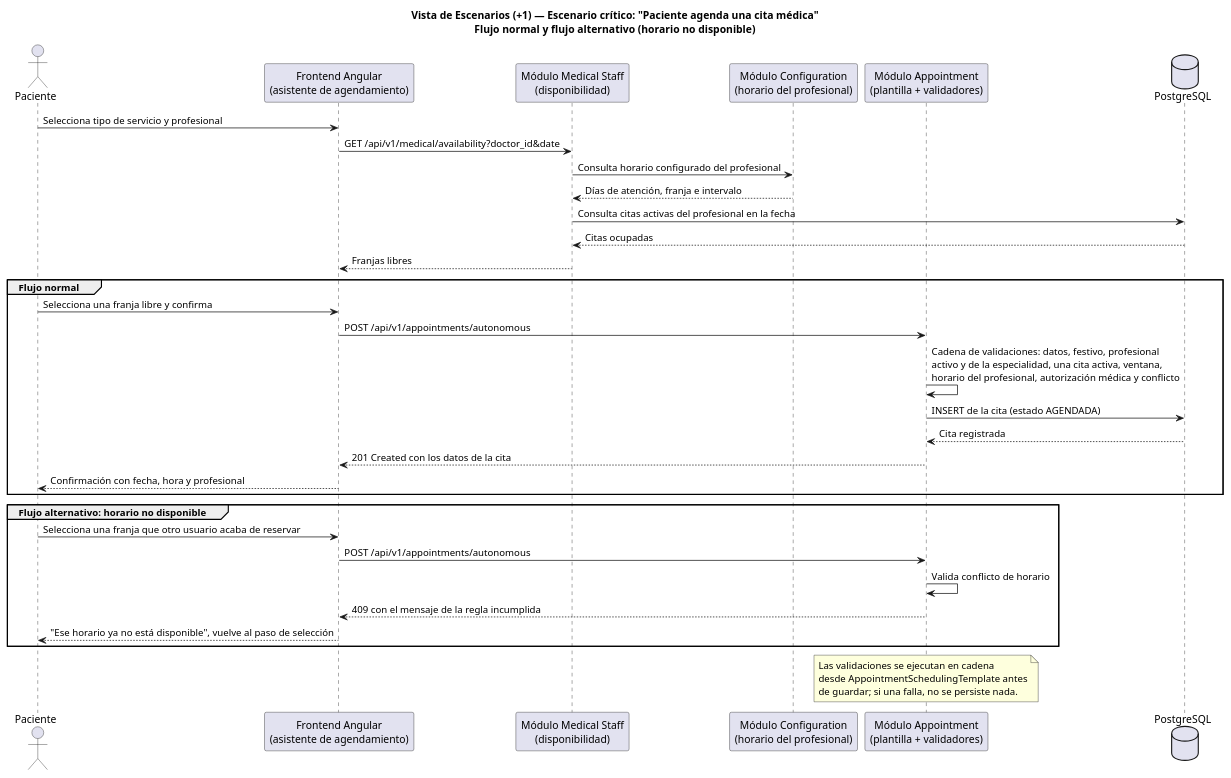
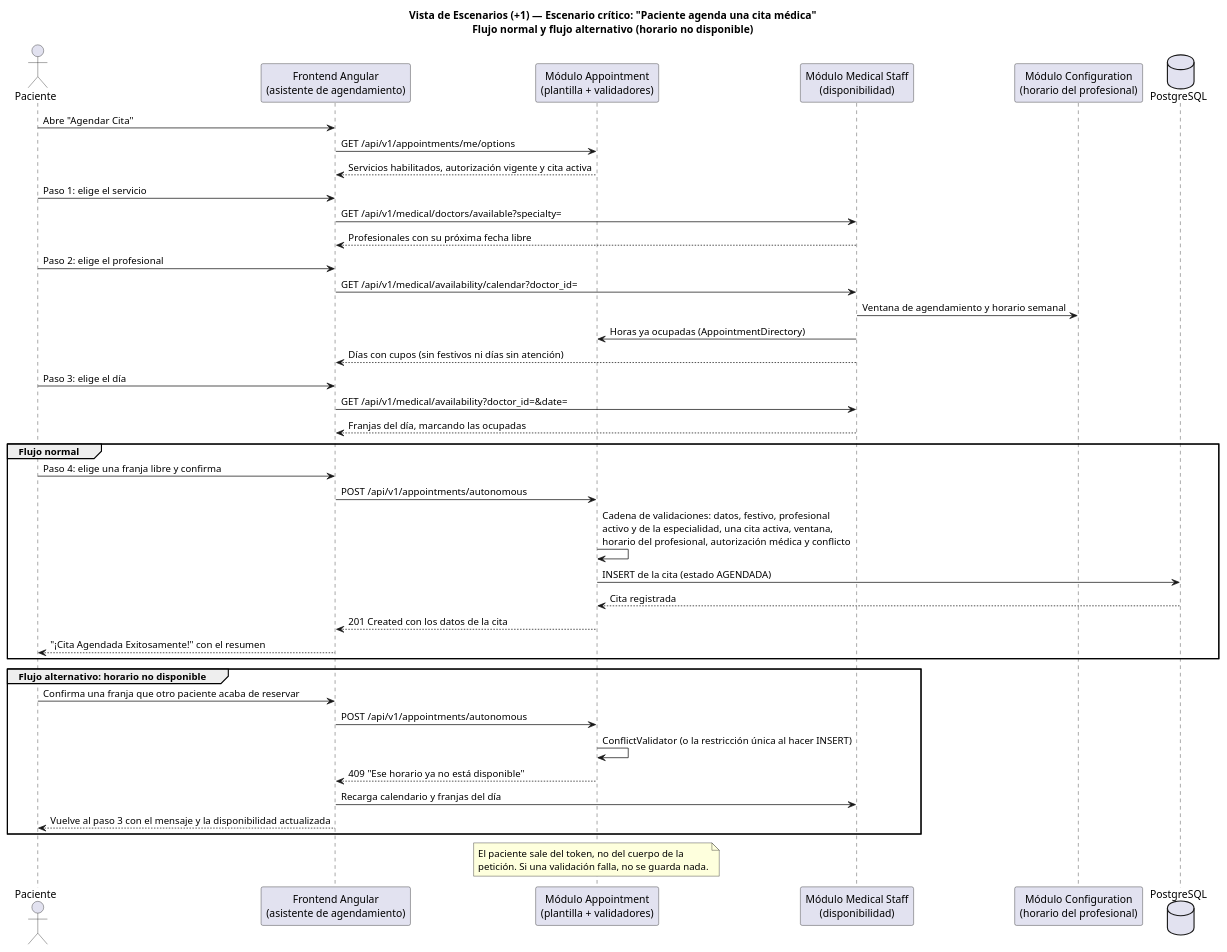
Before and after one commit to SantiagoGutierrez11/piedrazul-monolitic: the diagram in docs/architecture/actividad2-escenario-critico.puml, drawn with PlantUML. The commit also changed 8 other files, not shown here.

Commit message:
Align context, scenario and deployment diagrams with the implemented flows

```diff
--- a/docs/architecture/actividad2-escenario-critico.puml
+++ b/docs/architecture/actividad2-escenario-critico.puml
@@ -1,43 +1,53 @@
 @startuml EscenarioCriticoAgendarCita
 title Vista de Escenarios (+1) — Escenario crítico: "Paciente agenda una cita médica"\nFlujo normal y flujo alternativo (horario no disponible)
 
 actor "Paciente" as P
 participant "Frontend Angular\n(asistente de agendamiento)" as UI
+participant "Módulo Appointment\n(plantilla + validadores)" as APP
 participant "Módulo Medical Staff\n(disponibilidad)" as MS
 participant "Módulo Configuration\n(horario del profesional)" as CFG
-participant "Módulo Appointment\n(plantilla + validadores)" as APP
 database "PostgreSQL" as BD
 
-P -> UI : Selecciona tipo de servicio y profesional
-UI -> MS : GET /api/v1/medical/availability?doctor_id&date
-MS -> CFG : Consulta horario configurado del profesional
-CFG --> MS : Días de atención, franja e intervalo
-MS -> BD : Consulta citas activas del profesional en la fecha
-BD --> MS : Citas ocupadas
-MS --> UI : Franjas libres
+P -> UI : Abre "Agendar Cita"
+UI -> APP : GET /api/v1/appointments/me/options
+APP --> UI : Servicios habilitados, autorización vigente y cita activa
+
+P -> UI : Paso 1: elige el servicio
+UI -> MS : GET /api/v1/medical/doctors/available?specialty=
+MS --> UI : Profesionales con su próxima fecha libre
+
+P -> UI : Paso 2: elige el profesional
+UI -> MS : GET /api/v1/medical/availability/calendar?doctor_id=
+MS -> CFG : Ventana de agendamiento y horario semanal
+MS -> APP : Horas ya ocupadas (AppointmentDirectory)
+MS --> UI : Días con cupos (sin festivos ni días sin atención)
+
+P -> UI : Paso 3: elige el día
+UI -> MS : GET /api/v1/medical/availability?doctor_id=&date=
+MS --> UI : Franjas del día, marcando las ocupadas
 
 group Flujo normal
-  P -> UI : Selecciona una franja libre y confirma
+  P -> UI : Paso 4: elige una franja libre y confirma
   UI -> APP : POST /api/v1/appointments/autonomous
   APP -> APP : Cadena de validaciones: datos, festivo, profesional\nactivo y de la especialidad, una cita activa, ventana,\nhorario del profesional, autorización médica y conflicto
   APP -> BD : INSERT de la cita (estado AGENDADA)
   BD --> APP : Cita registrada
   APP --> UI : 201 Created con los datos de la cita
-  UI --> P : Confirmación con fecha, hora y profesional
+  UI --> P : "¡Cita Agendada Exitosamente!" con el resumen
 end
 
 group Flujo alternativo: horario no disponible
-  P -> UI : Selecciona una franja que otro usuario acaba de reservar
+  P -> UI : Confirma una franja que otro paciente acaba de reservar
   UI -> APP : POST /api/v1/appointments/autonomous
-  APP -> APP : Valida conflicto de horario
-  APP --> UI : 409 con el mensaje de la regla incumplida
-  UI --> P : "Ese horario ya no está disponible", vuelve al paso de selección
+  APP -> APP : ConflictValidator (o la restricción única al hacer INSERT)
+  APP --> UI : 409 "Ese horario ya no está disponible"
+  UI -> MS : Recarga calendario y franjas del día
+  UI --> P : Vuelve al paso 3 con el mensaje y la disponibilidad actualizada
 end
 
 note over APP
-  Las validaciones se ejecutan en cadena
-  desde AppointmentSchedulingTemplate antes
-  de guardar; si una falla, no se persiste nada.
+  El paciente sale del token, no del cuerpo de la
+  petición. Si una validación falla, no se guarda nada.
 end note
 
 @enduml
```
